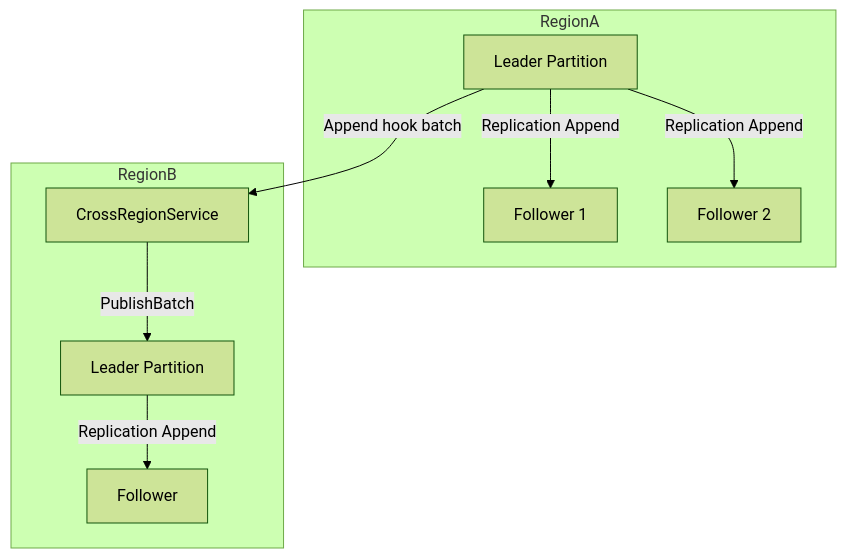
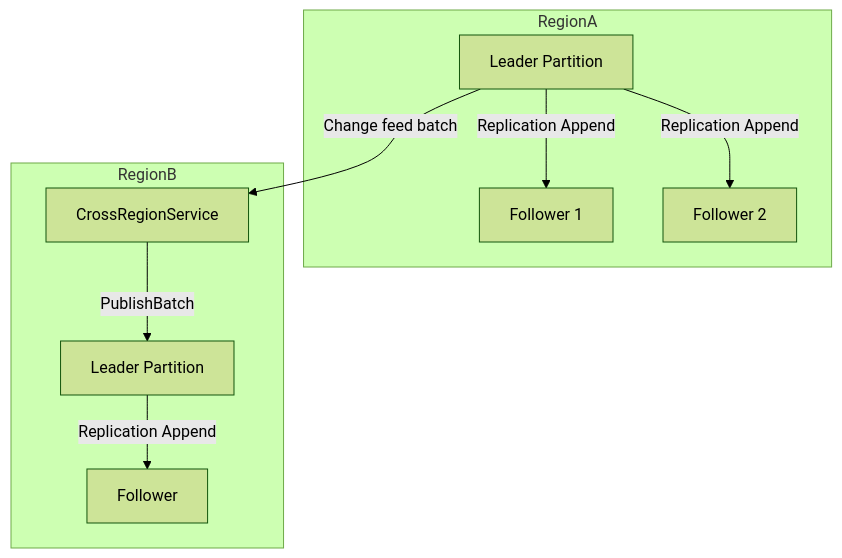
One commit to jatin711-debug/cronos_db_golang changed the fifth of 7 diagrams in docs/DEVELOPER_ARCHITECTURE_GUIDE.md. Above: the diagram before and after it, drawn with Mermaid (forest theme). The commit also changed other lines of this file and 13 other files, not shown here.

First line of the commit message:
Document the change feed, restores in a cluster and this batch of fixes

````diff
--- a/docs/DEVELOPER_ARCHITECTURE_GUIDE.md
+++ b/docs/DEVELOPER_ARCHITECTURE_GUIDE.md
@@ -422,19 +422,19 @@
 ```mermaid
 flowchart TB
     subgraph RegionA
       ALeader[Leader Partition]
       AFollower1[Follower 1]
       AFollower2[Follower 2]
     end
     subgraph RegionB
       BIngress[CrossRegionService]
       BLeader[Leader Partition]
       BFollower[Follower]
     end
 
-    ALeader -->|Append hook batch| BIngress
+    ALeader -->|Change feed batch| BIngress
     BIngress -->|PublishBatch| BLeader
     BLeader -->|Replication Append| BFollower
     ALeader -->|Replication Append| AFollower1
     ALeader -->|Replication Append| AFollower2
 ```
````
